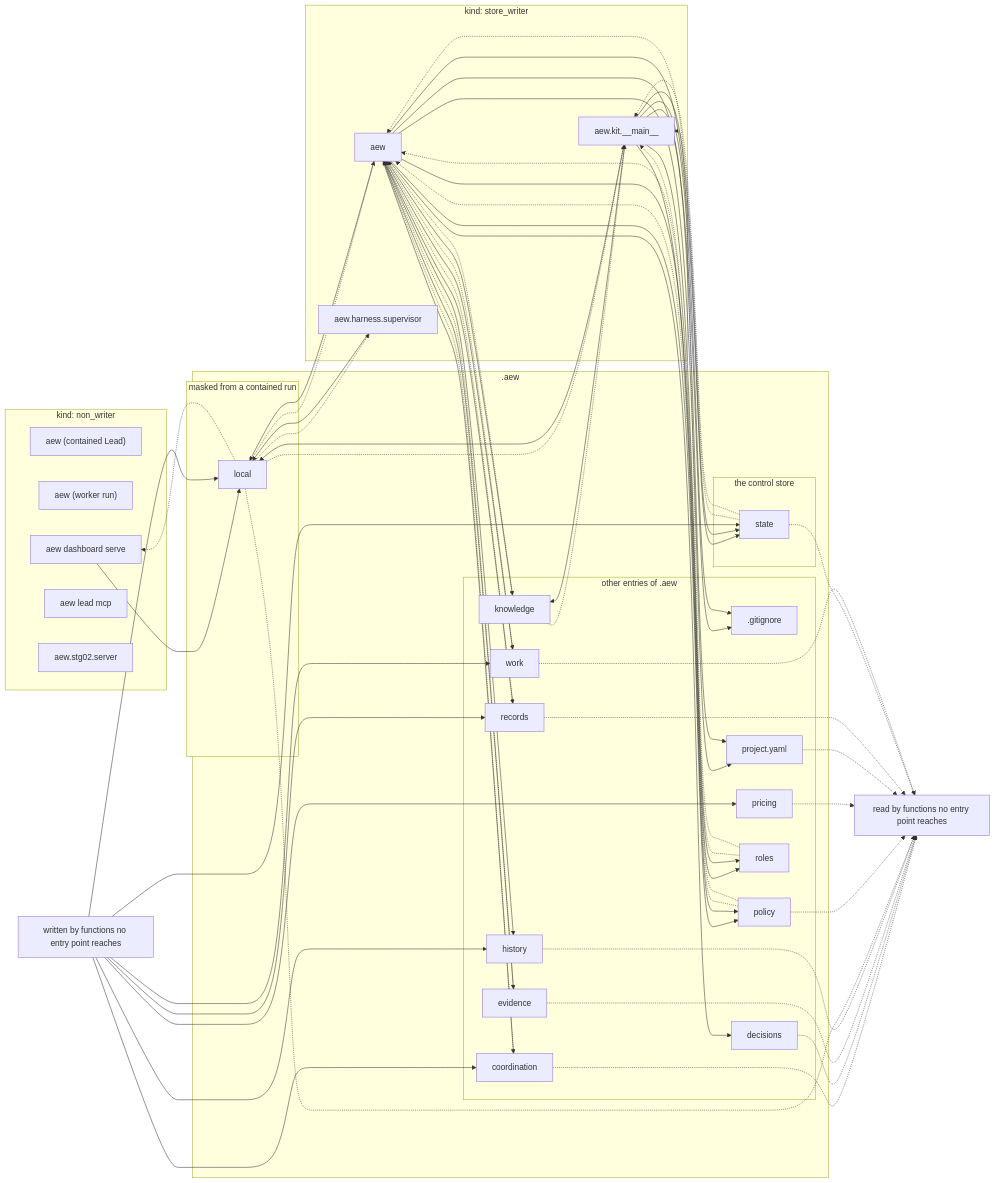
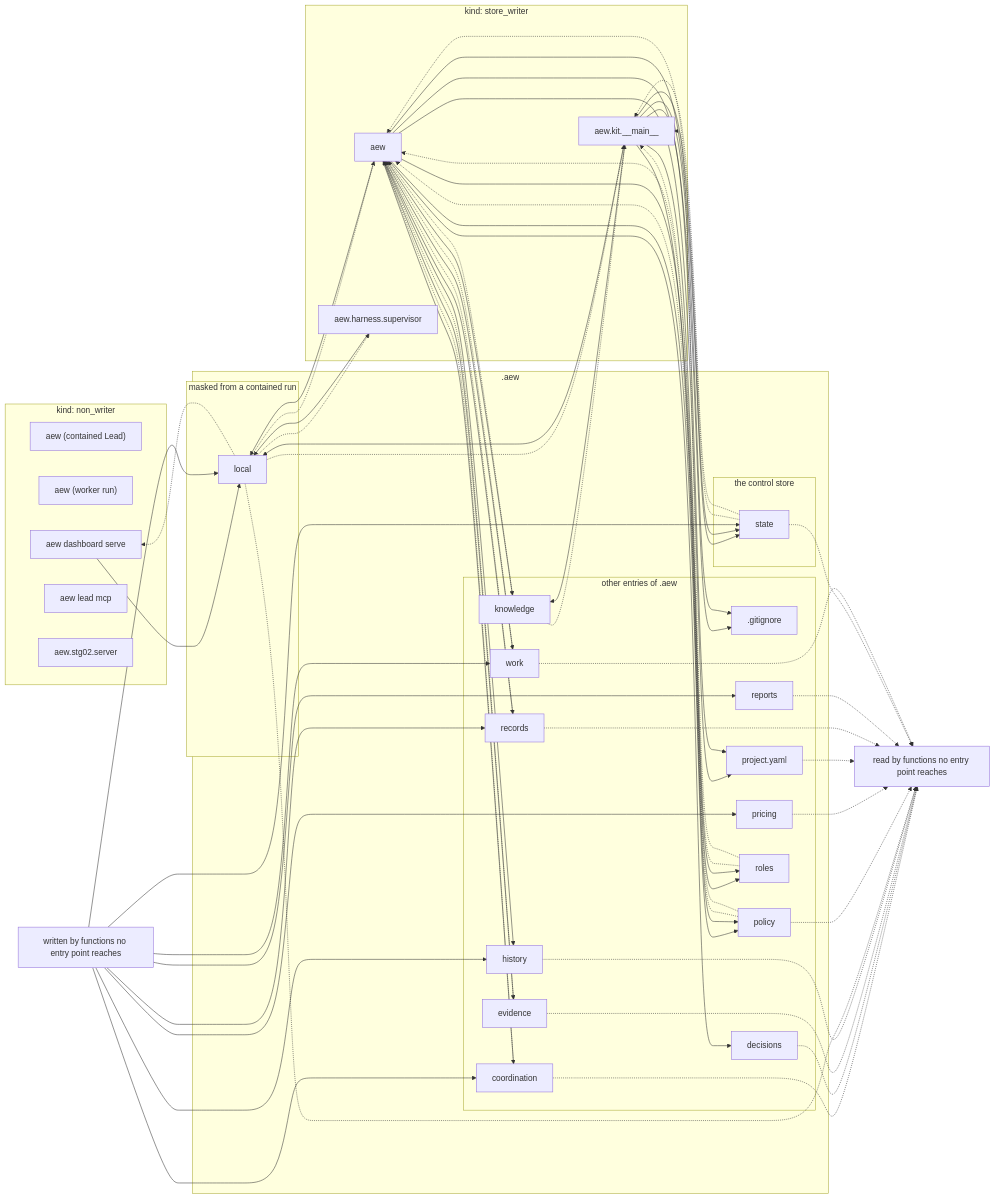
One commit to JonSmithTLT/Agentic-Engineering-Workflow changed the diagram in docs/reference/data-flow.md. Above: the diagram before and after it, drawn with Mermaid. The commit also changed other lines of this file and 49 other files, not shown here.

````diff
--- a/docs/reference/data-flow.md
+++ b/docs/reference/data-flow.md
@@ -34,6 +34,7 @@
             path_pricing["pricing"]
             path_project_yaml["project.yaml"]
             path_records["records"]
+            path_reports["reports"]
             path_roles["roles"]
             path_work["work"]
         end
@@ -67,6 +68,7 @@
     no_writer --> path_local
     no_writer --> path_pricing
     no_writer --> path_records
+    no_writer --> path_reports
     no_writer --> path_state
     no_writer --> path_work
     path_coordination -.-> proc_aew
@@ -94,6 +96,7 @@
     path_pricing -.-> no_reader
     path_project_yaml -.-> no_reader
     path_records -.-> no_reader
+    path_reports -.-> no_reader
     path_state -.-> no_reader
     path_work -.-> no_reader
 ```
````
